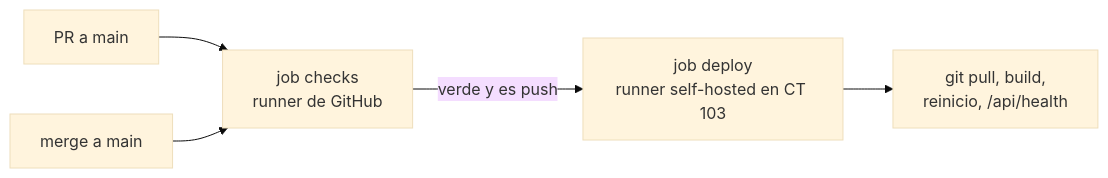
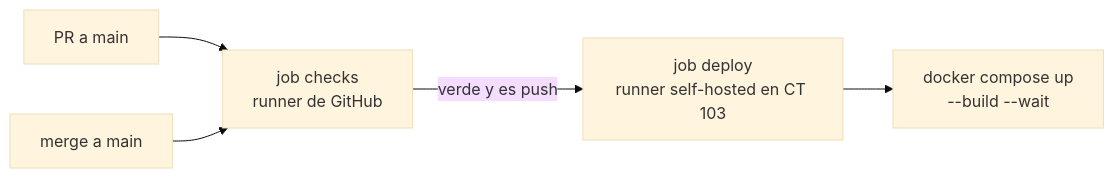
The diagram in .claude/plans/api-into-nextjs.md (izeta8/GaztaindiGrill), drawn with Mermaid (base theme) before and after one commit. The commit also changed other lines of this file and 9 other files, not shown here.

First line of the commit message:
feat: deploy the web from github actions to a self-hosted runner with docker compose

````diff
--- a/.claude/plans/api-into-nextjs.md
+++ b/.claude/plans/api-into-nextjs.md
@@ -88,7 +86,7 @@
 ```mermaid
 flowchart LR
     PR["PR a main"] --> C["job checks<br/>runner de GitHub"]
     M["merge a main"] --> C
     C -->|"verde y es push"| D["job deploy<br/>runner self-hosted en CT 103"]
-    D --> W["git pull, build,<br/>reinicio, /api/health"]
+    D --> W["docker compose up<br/>--build --wait"]
 ```
````
